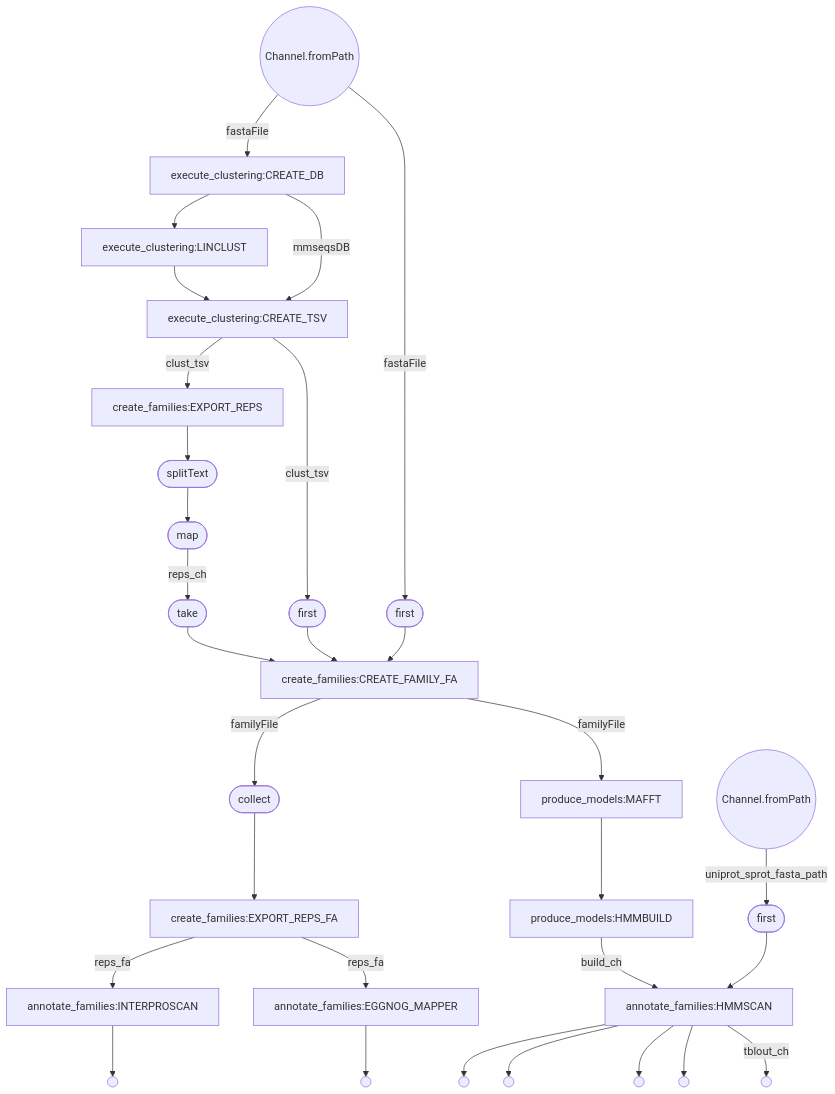
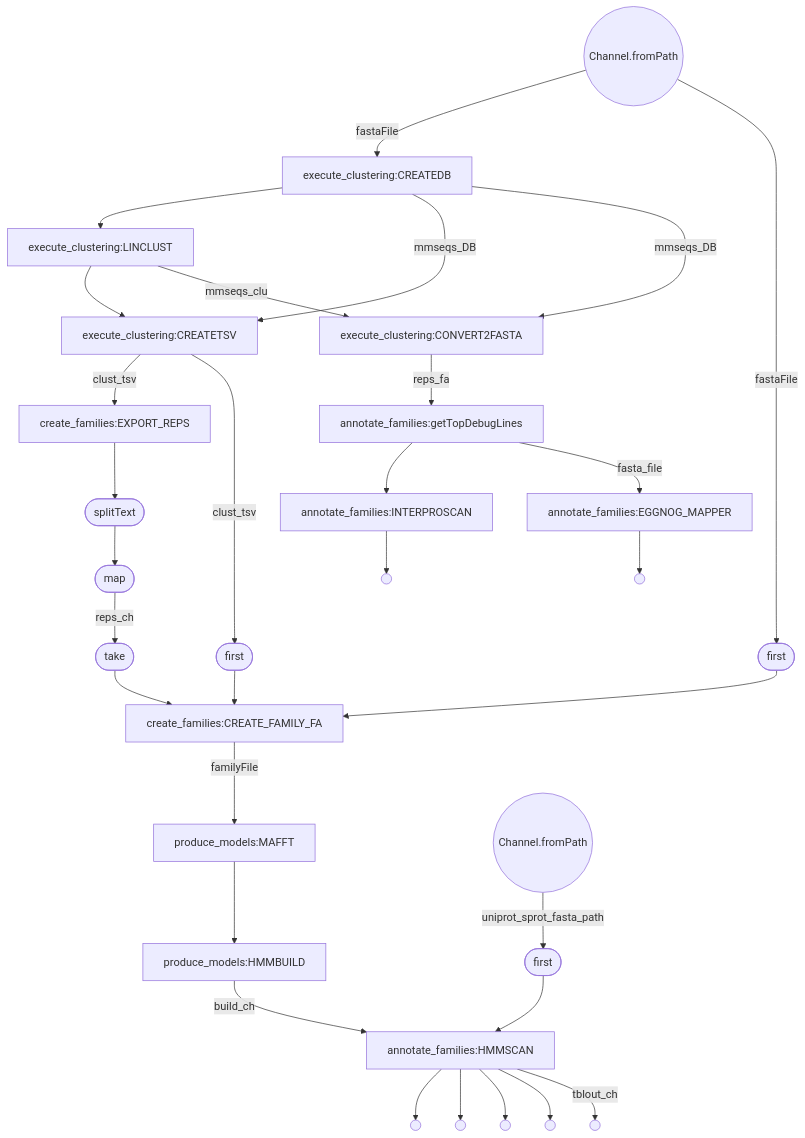
The diagram in flowchart_main.mmd (EBI-Metagenomics/mgnifams), drawn with Mermaid before and after one commit. The commit also changed 8 other files, not shown here.

Commit message:
mmseqs modules upgrade and family reps fasta extract from it

```diff
--- a/flowchart_main.mmd
+++ b/flowchart_main.mmd
@@ -1,57 +1,58 @@
 flowchart TD
     p0((Channel.fromPath))
-    p1[execute_clustering:CREATE_DB]
+    p1[execute_clustering:CREATEDB]
     p2[execute_clustering:LINCLUST]
-    p3[execute_clustering:CREATE_TSV]
-    p4[create_families:EXPORT_REPS]
-    p5([splitText])
-    p6([map])
-    p7([first])
+    p3[execute_clustering:CREATETSV]
+    p4[execute_clustering:CONVERT2FASTA]
+    p5[create_families:EXPORT_REPS]
+    p6([splitText])
+    p7([map])
     p8([first])
-    p9([take])
-    p10[create_families:CREATE_FAMILY_FA]
-    p11([collect])
-    p12[create_families:EXPORT_REPS_FA]
-    p13[produce_models:MAFFT]
-    p14[produce_models:HMMBUILD]
-    p15((Channel.fromPath))
+    p9([first])
+    p10([take])
+    p11[create_families:CREATE_FAMILY_FA]
+    p12[produce_models:MAFFT]
+    p13[produce_models:HMMBUILD]
+    p14((Channel.fromPath))
+    p15[annotate_families:getTopDebugLines]
     p16[annotate_families:INTERPROSCAN]
     p17(( ))
     p18[annotate_families:EGGNOG_MAPPER]
     p19(( ))
     p20([first])
     p21[annotate_families:HMMSCAN]
     p22(( ))
     p23(( ))
     p24(( ))
     p25(( ))
     p26(( ))
     p0 -->|fastaFile| p1
     p1 --> p2
     p2 --> p3
-    p1 -->|mmseqsDB| p3
-    p3 -->|clust_tsv| p4
-    p4 --> p5
+    p1 -->|mmseqs_DB| p3
+    p3 -->|clust_tsv| p5
+    p1 -->|mmseqs_DB| p4
+    p2 -->|mmseqs_clu| p4
+    p4 -->|reps_fa| p15
     p5 --> p6
-    p6 -->|reps_ch| p9
-    p3 -->|clust_tsv| p7
-    p7 --> p10
-    p0 -->|fastaFile| p8
-    p8 --> p10
-    p9 --> p10
-    p10 -->|familyFile| p11
-    p11 --> p12
-    p12 -->|reps_fa| p16
-    p10 -->|familyFile| p13
-    p13 --> p14
-    p14 -->|build_ch| p21
-    p15 -->|uniprot_sprot_fasta_path| p20
+    p6 --> p7
+    p7 -->|reps_ch| p10
+    p3 -->|clust_tsv| p8
+    p8 --> p11
+    p0 -->|fastaFile| p9
+    p9 --> p11
+    p10 --> p11
+    p11 -->|familyFile| p12
+    p12 --> p13
+    p13 -->|build_ch| p21
+    p14 -->|uniprot_sprot_fasta_path| p20
+    p15 --> p16
     p16 --> p17
-    p12 -->|reps_fa| p18
+    p15 -->|fasta_file| p18
     p18 --> p19
     p20 --> p21
     p21 --> p26
     p21 --> p25
     p21 --> p24
     p21 --> p23
     p21 -->|tblout_ch| p22
```
